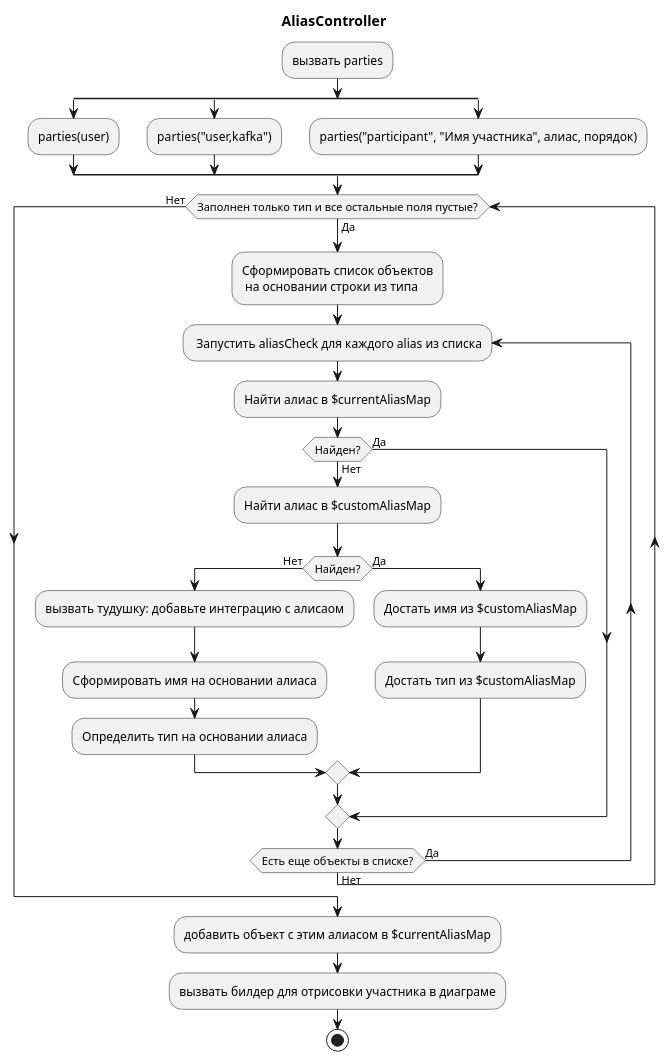
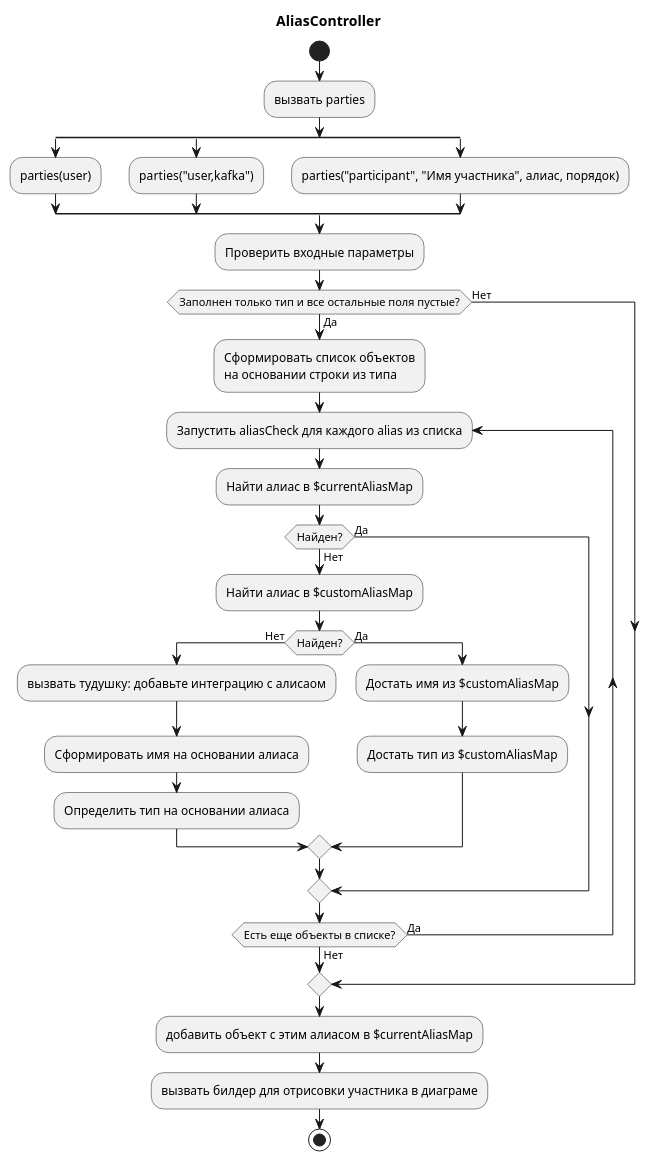
One commit to leraRadicovich/PlantUML_SequenceLib changed the diagram in SequenceLib/src/customerEnviroment/major5/partiesLogicActivity.puml. Above: the diagram before and after it, drawn with PlantUML.

Commit message:
* Нужно думать, модель пока не работает

```diff
--- a/SequenceLib/src/customerEnviroment/major5/partiesLogicActivity.puml
+++ b/SequenceLib/src/customerEnviroment/major5/partiesLogicActivity.puml
@@ -1,37 +1,38 @@
 @startuml
 title "AliasController"
-
+start
 :вызвать parties;
 split
 :parties(user);
 split again
 :parties("user,kafka");
 split again
 :parties("participant", "Имя участника", алиас, порядок);
 end split
-while (Заполнен только тип и все остальные поля пустые?) is (Да)
+:Проверить входные параметры;
+if (Заполнен только тип и все остальные поля пустые?) then (Да)
     :Сформировать список объектов
-     на основании строки из типа;
-    repeat: Запустить aliasCheck для каждого alias из списка;
+    на основании строки из типа;
+    repeat:Запустить aliasCheck для каждого alias из списка;
         :Найти алиас в $currentAliasMap;
         if(Найден?) then(Нет)
             :Найти алиас в $customAliasMap;
             if(Найден?) then(Нет)
                 :вызвать тудушку: добавьте интеграцию с алисаом;
                 :Сформировать имя на основании алиаса;
                 :Определить тип на основании алиаса;
             else(Да)
                 :Достать имя из $customAliasMap;
                 :Достать тип из $customAliasMap;
             endif
         else(Да)
         endif
-    repeat while (Есть еще объекты в списке?) is (Да) not (Нет)
-
-endwhile (Нет)
+        repeat while (Есть еще объекты в списке?) is (Да) not (Нет)
+else (Нет)
+endif
 :добавить объект с этим алиасом в $currentAliasMap;
 :вызвать билдер для отрисовки участника в диаграме;
 
 stop
 
 @enduml
```
